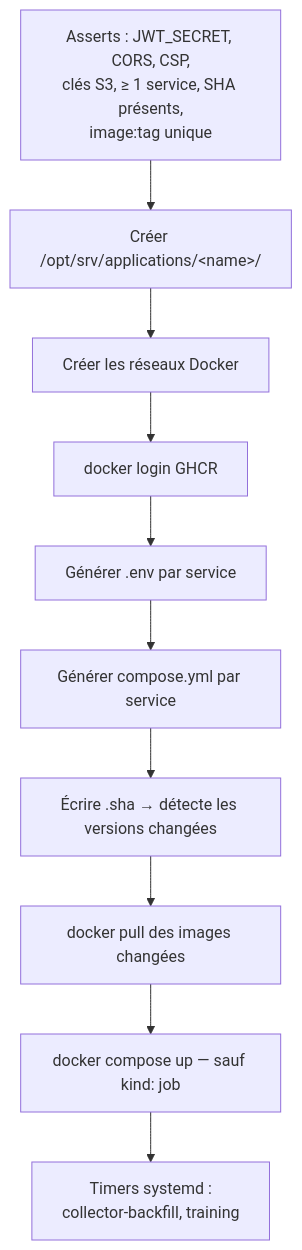
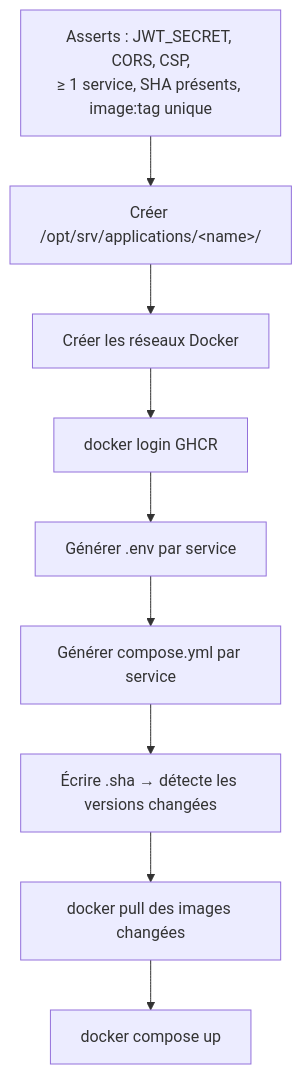
Before and after one commit to EnerVision-G5/infra: the diagram in docs/content/services/applications/index.md, drawn with Mermaid. The commit also changed other lines of this file and 44 other files, not shown here.

````diff
--- a/docs/content/services/applications/index.md
+++ b/docs/content/services/applications/index.md
@@ -56,12 +54,11 @@
 ```mermaid
 flowchart TD
-    A[Asserts : JWT_SECRET, CORS, CSP,<br/>clés S3, ≥ 1 service, SHA présents,<br/>image:tag unique] --> B[Créer /opt/srv/applications/&lt;name&gt;/]
+    A[Asserts : JWT_SECRET, CORS, CSP,<br/>≥ 1 service, SHA présents, image:tag unique] --> B[Créer /opt/srv/applications/&lt;name&gt;/]
     B --> C[Créer les réseaux Docker]
     C --> D[docker login GHCR]
     D --> E[Générer .env par service]
     E --> F[Générer compose.yml par service]
     F --> G[Écrire .sha → détecte les versions changées]
     G --> H[docker pull des images changées]
-    H --> I[docker compose up — sauf kind: job]
-    I --> J[Timers systemd :<br/>collector-backfill, training]
+    H --> I[docker compose up]
 ```
````
